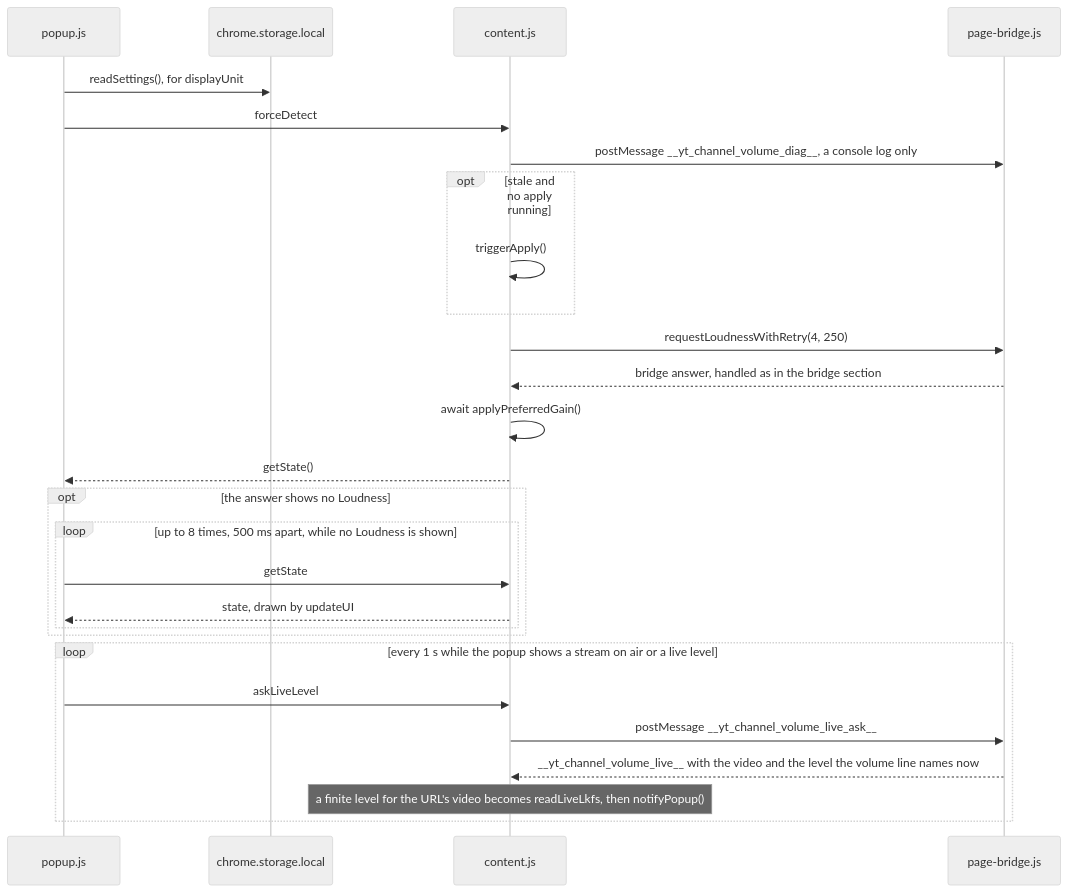
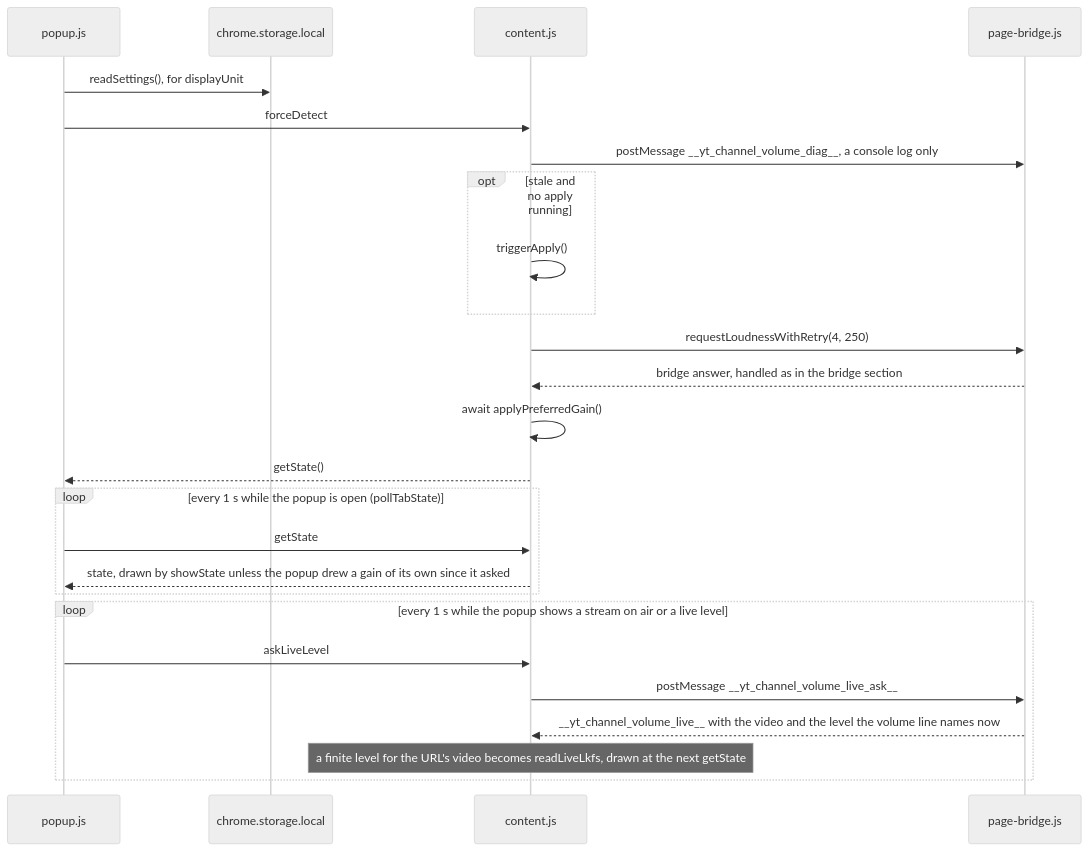
The seventh of 14 diagrams in docs/gain-change-and-save.md (semnil/yt-channel-volume), drawn with Mermaid (neutral theme) before and after one commit. The commit also changed other lines of this file and 9 other files, not shown here.

Commit message:
fix: ask for the popup's state every second while it is open, in place of the page telling it, through channel-volume-core's 2978d86

````diff
--- a/docs/gain-change-and-save.md
+++ b/docs/gain-change-and-save.md
@@ -366,29 +366,27 @@
 ```mermaid
 sequenceDiagram
   participant P as popup.js
   participant S as chrome.storage.local
   participant C as content.js
   participant B as page-bridge.js
   P->>S: readSettings(), for displayUnit
   P->>C: forceDetect
   C->>B: postMessage __yt_channel_volume_diag__, a console log only
   opt stale and no apply running
     C->>C: triggerApply()
   end
   C->>B: requestLoudnessWithRetry(4, 250)
   B-->>C: bridge answer, handled as in the bridge section
   C->>C: await applyPreferredGain()
   C-->>P: getState()
-  opt the answer shows no Loudness
-    loop up to 8 times, 500 ms apart, while no Loudness is shown
-      P->>C: getState
-      C-->>P: state, drawn by updateUI
-    end
+  loop every 1 s while the popup is open (pollTabState)
+    P->>C: getState
+    C-->>P: state, drawn by showState unless the popup drew a gain of its own since it asked
   end
   loop every 1 s while the popup shows a stream on air or a live level
     P->>C: askLiveLevel
     C->>B: postMessage __yt_channel_volume_live_ask__
     B-->>C: __yt_channel_volume_live__ with the video and the level the volume line names now
-    Note over C: a finite level for the URL's video becomes readLiveLkfs, then notifyPopup()
+    Note over C: a finite level for the URL's video becomes readLiveLkfs, drawn at the next getState
   end
 ```
````
